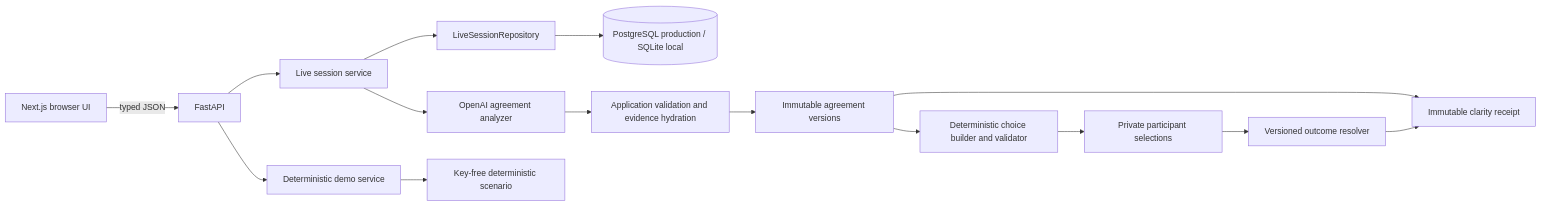
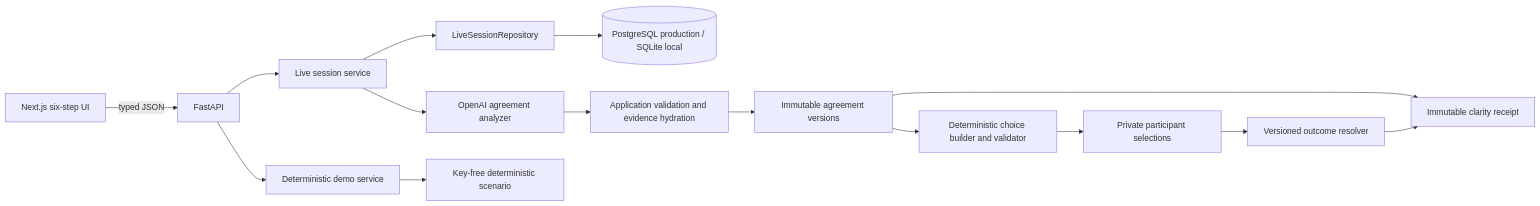
The first of 2 diagrams in docs/architecture.md (SarangMarkandey/meaning-sync), drawn with Mermaid before and after one commit. The commit also changed other lines of this file and 77 other files, not shown here.

Commit message:
feat: add guided multi-device agreement flow

````diff
--- a/docs/architecture.md
+++ b/docs/architecture.md
@@ -5,17 +19,17 @@
 ```mermaid
 flowchart LR
-  Browser[Next.js browser UI] -->|typed JSON| API[FastAPI]
+  Browser[Next.js six-step UI] -->|typed JSON| API[FastAPI]
   API --> Live[Live session service]
   Live --> Repo[LiveSessionRepository]
   Repo --> SQL[(PostgreSQL production / SQLite local)]
   API --> Demo[Deterministic demo service]
   Live --> Analyzer[OpenAI agreement analyzer]
   Analyzer --> Validate[Application validation and evidence hydration]
   Validate --> Versions[Immutable agreement versions]
   Versions --> Questions[Deterministic choice builder and validator]
   Questions --> Selections[Private participant selections]
   Selections --> Outcomes[Versioned outcome resolver]
   Versions --> Receipt[Immutable clarity receipt]
   Outcomes --> Receipt
   Demo --> Fixture[Key-free deterministic scenario]
 ```
````
